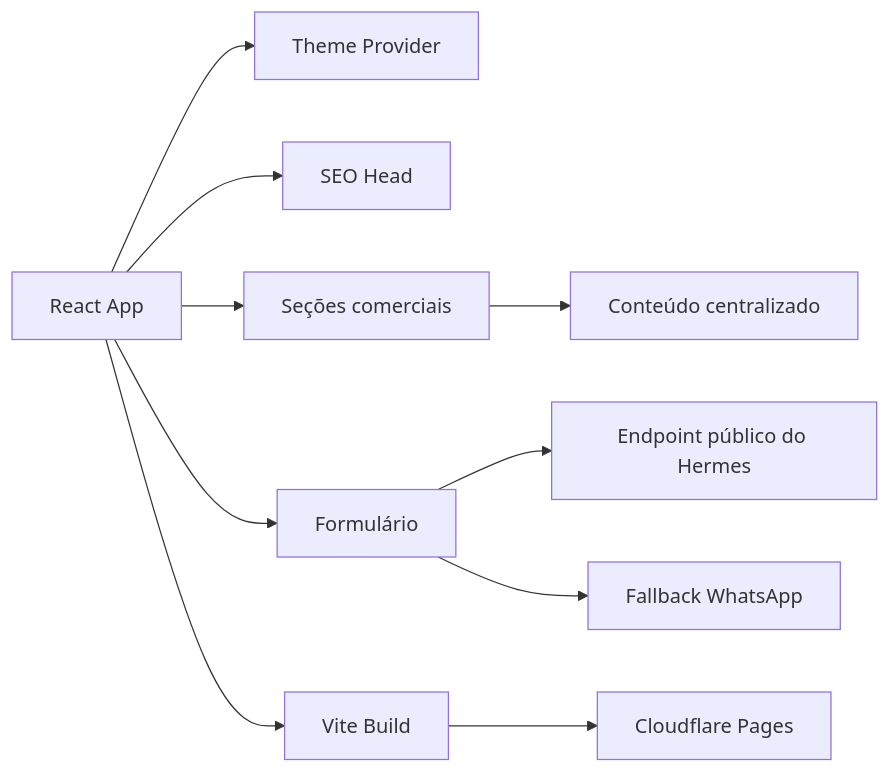
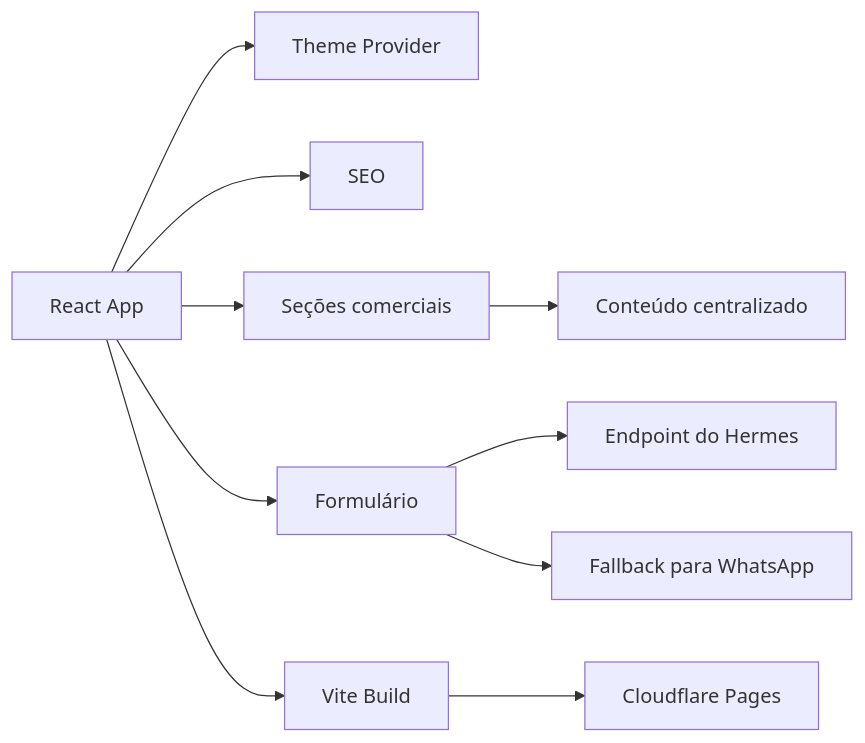
The second of 2 diagrams in README.md (g4brielbr4sil/barthy-web-studio), drawn with Mermaid before and after one commit. The commit also changed other lines of this file, not shown here.

````diff
--- a/README.md
+++ b/README.md
@@ -133,14 +114,14 @@
 ```mermaid
 flowchart LR
     APP[React App] --> THEME[Theme Provider]
-    APP --> SEO[SEO Head]
+    APP --> SEO[SEO]
     APP --> CONTENT[Seções comerciais]
     APP --> FORM[Formulário]
 
     CONTENT --> DATA[Conteúdo centralizado]
-    FORM --> HERMES[Endpoint público do Hermes]
-    FORM --> WHATSAPP[Fallback WhatsApp]
+    FORM --> HERMES[Endpoint do Hermes]
+    FORM --> WHATSAPP[Fallback para WhatsApp]
 
     APP --> BUILD[Vite Build]
     BUILD --> CF[Cloudflare Pages]
 ```
````
